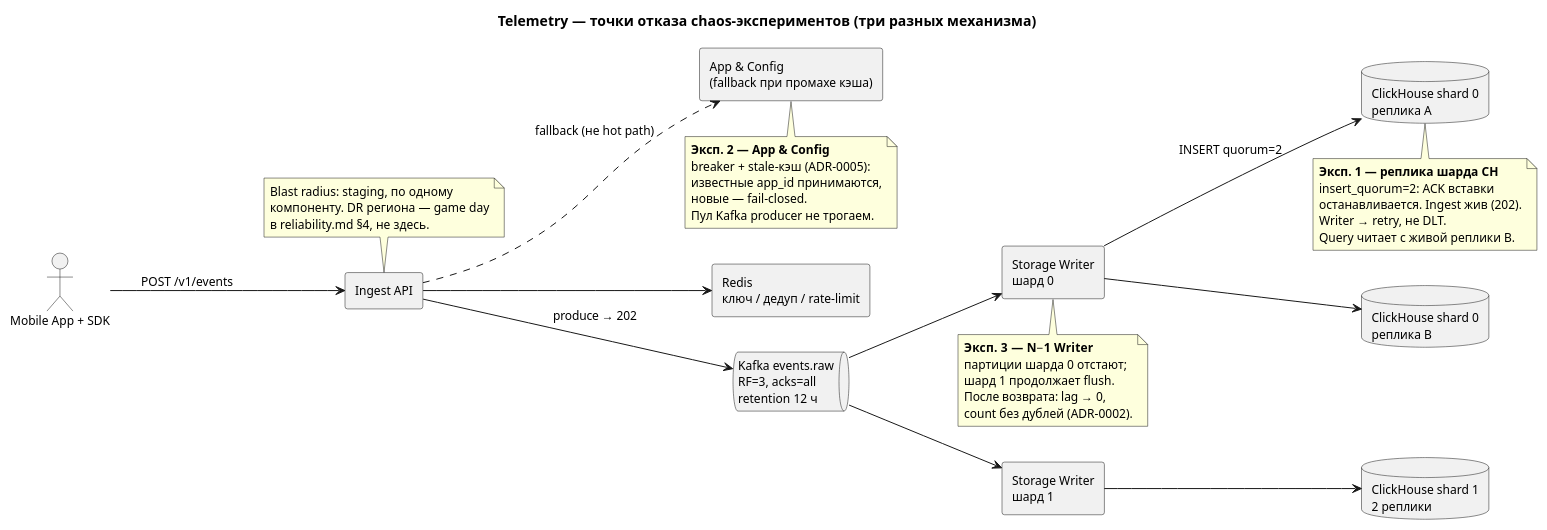
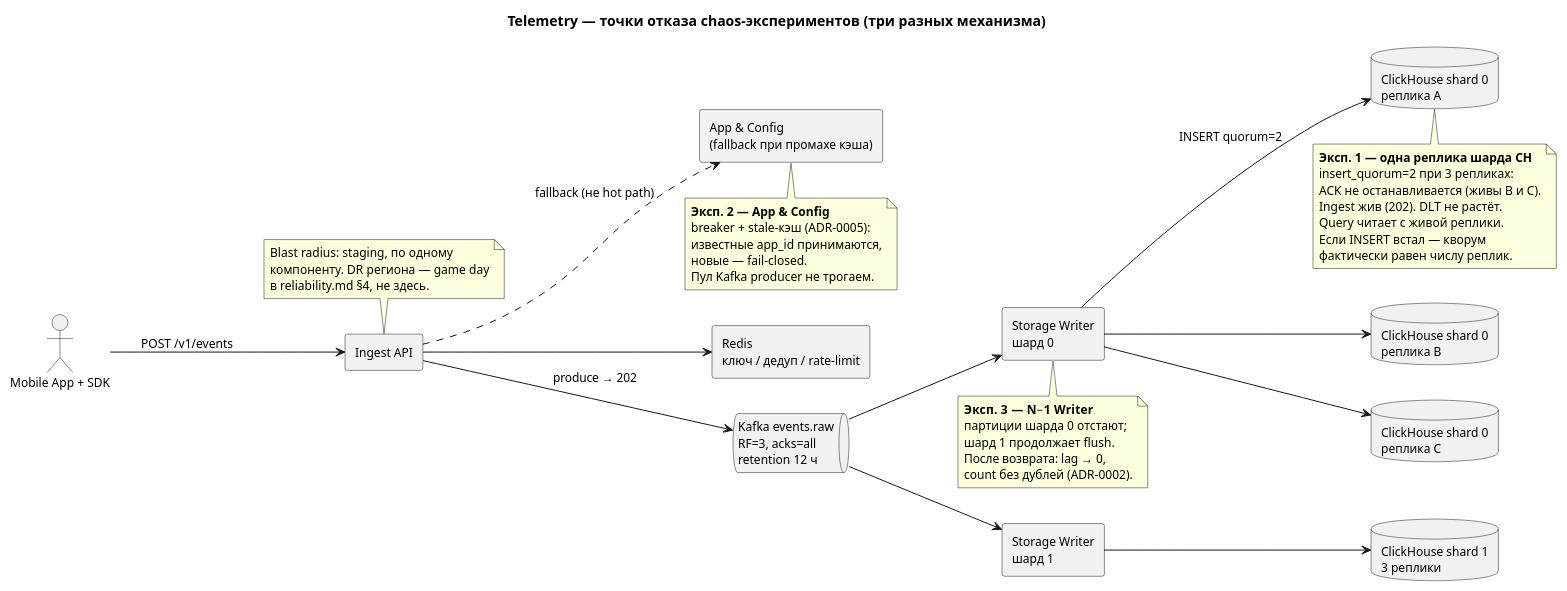
The diagram in hw_06/solution/diagrams/chaos-faults.puml (grahovsky/otus-systemdesign-homework), drawn with PlantUML before and after one commit. The commit also changed 8 other files, not shown here.

```diff
--- a/hw_06/solution/diagrams/chaos-faults.puml
+++ b/hw_06/solution/diagrams/chaos-faults.puml
@@ -1,63 +1,67 @@
 @startuml chaos-faults
 title Telemetry — точки отказа chaos-экспериментов (три разных механизма)
 
 left to right direction
 skinparam defaultFontSize 12
 skinparam componentStyle rectangle
 
 actor "Mobile App + SDK" as sdk
 
 component "Ingest API" as ingest
 component "Redis\nключ / дедуп / rate-limit" as redis
 component "App & Config\n(fallback при промахе кэша)" as cfg
 queue "Kafka events.raw\nRF=3, acks=all\nretention 12 ч" as kafka
 
 component "Storage Writer\nшард 0" as w0
 component "Storage Writer\nшард 1" as w1
 
 database "ClickHouse shard 0\nреплика A" as ch0a
 database "ClickHouse shard 0\nреплика B" as ch0b
-database "ClickHouse shard 1\n2 реплики" as ch1
+database "ClickHouse shard 0\nреплика C" as ch0c
+database "ClickHouse shard 1\n3 реплики" as ch1
 
 sdk --> ingest : POST /v1/events
 ingest --> redis
 ingest --> kafka : produce → 202
 ingest ..> cfg : fallback (не hot path)
 
 kafka --> w0
 kafka --> w1
 w0 --> ch0a : INSERT quorum=2
 w0 --> ch0b
+w0 --> ch0c
 w1 --> ch1
 
 note bottom of ch0a
-  **Эксп. 1 — реплика шарда CH**
-  insert_quorum=2: ACK вставки
-  останавливается. Ingest жив (202).
-  Writer → retry, не DLT.
-  Query читает с живой реплики B.
+  **Эксп. 1 — одна реплика шарда CH**
+  insert_quorum=2 при 3 репликах:
+  ACK не останавливается (живы B и C).
+  Ingest жив (202). DLT не растёт.
+  Query читает с живой реплики.
+  Если INSERT встал — кворум
+  фактически равен числу реплик.
 end note
 
 note bottom of cfg
   **Эксп. 2 — App & Config**
   breaker + stale-кэш (ADR-0005):
   известные app_id принимаются,
   новые — fail-closed.
   Пул Kafka producer не трогаем.
 end note
 
 note bottom of w0
   **Эксп. 3 — N−1 Writer**
   партиции шарда 0 отстают;
   шард 1 продолжает flush.
   После возврата: lag → 0,
   count без дублей (ADR-0002).
 end note
 
 note top of ingest
   Blast radius: staging, по одному
   компоненту. DR региона — game day
   в reliability.md §4, не здесь.
 end note
 
 @enduml
```
